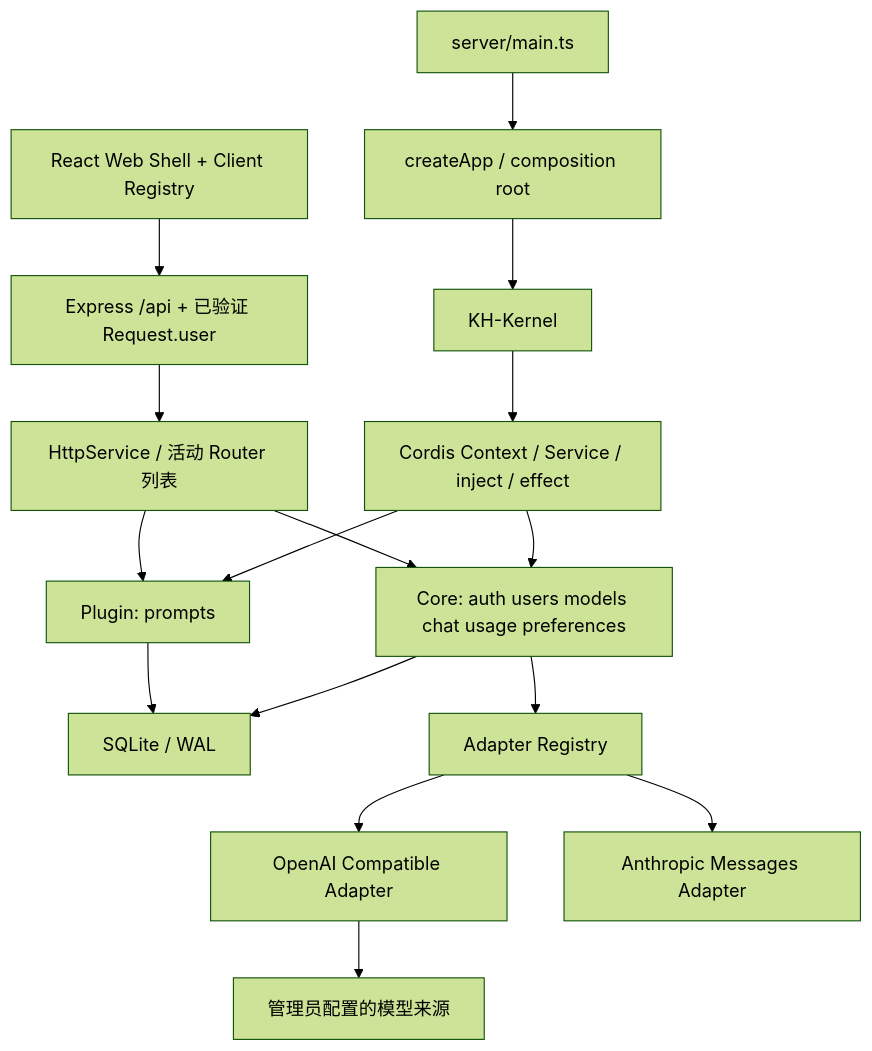
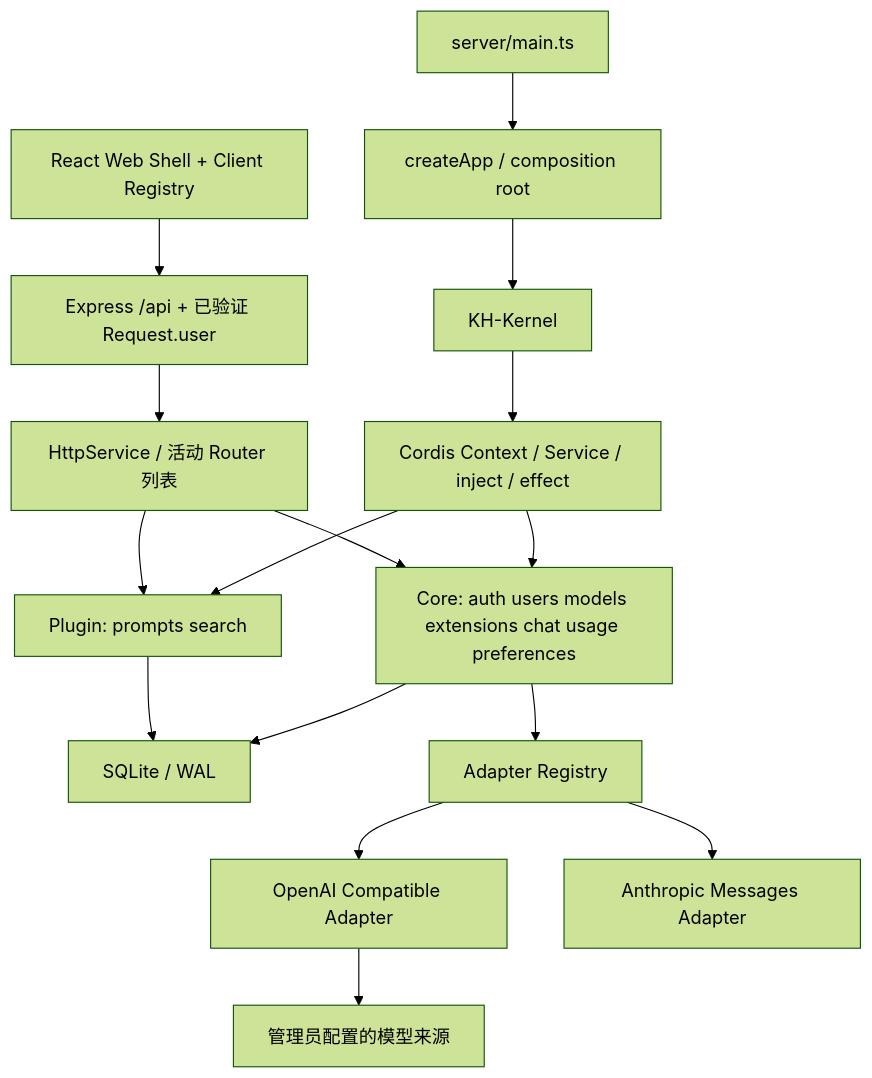
Before and after one commit to ChongKaKam/KAKAM-Harness: the diagram in docs/ARCHITECTURE.md, drawn with Mermaid (forest theme). The commit also changed other lines of this file and 38 other files, not shown here.

First line of the commit message:
feat: add managed LLM extensions with Search and Jev decisions

````diff
--- a/docs/ARCHITECTURE.md
+++ b/docs/ARCHITECTURE.md
@@ -7,18 +7,18 @@
 ```mermaid
 flowchart TD
     Main[server/main.ts] --> App[createApp / composition root]
     App --> Kernel[KH-Kernel]
     Kernel --> Engine[Cordis Context / Service / inject / effect]
-    Engine --> Core[Core: auth users models chat usage preferences]
-    Engine --> Plugins[Plugin: prompts]
+    Engine --> Core[Core: auth users models extensions chat usage preferences]
+    Engine --> Plugins[Plugin: prompts search]
     UI[React Web Shell + Client Registry] --> HTTP[Express /api + 已验证 Request.user]
     HTTP --> Routes[HttpService / 活动 Router 列表]
     Routes --> Core
     Routes --> Plugins
     Core --> DB[SQLite / WAL]
     Plugins --> DB
     Core --> AR[Adapter Registry]
     AR --> OA[OpenAI Compatible Adapter]
     AR --> AA[Anthropic Messages Adapter]
     OA --> Provider[管理员配置的模型来源]
 ```
````
